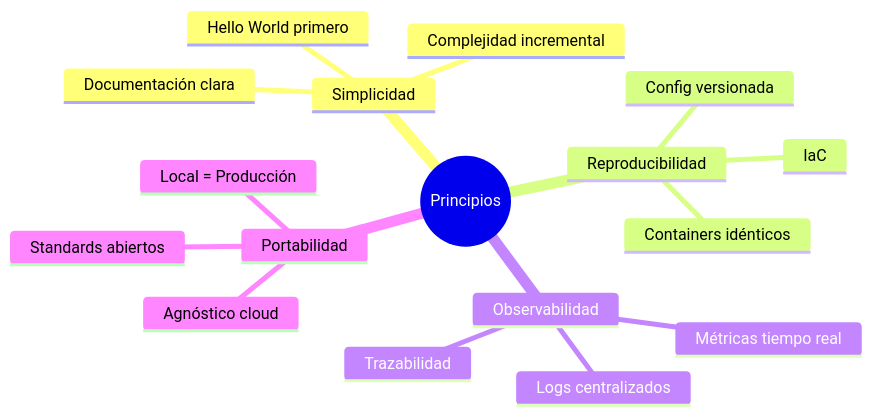
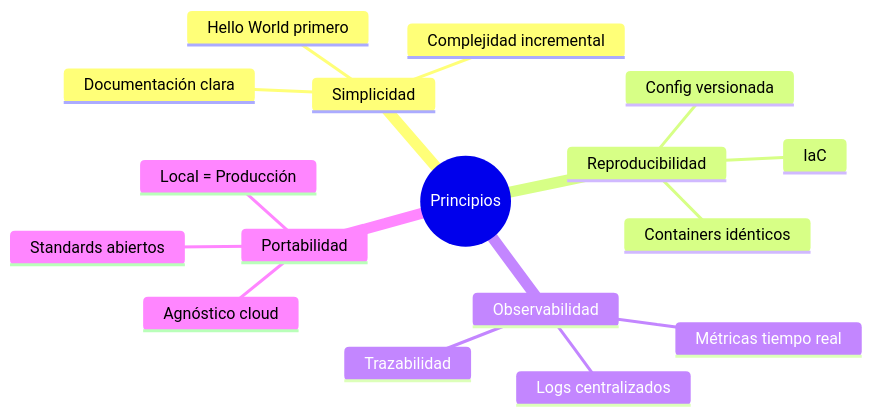
One commit to JavierArriagada/Cloud-Native-Microservices-Learning-Platform changed the second of 9 diagrams in docs/MICROSERVICES_MASTER_PLAN.md. Above: the diagram before and after it, drawn with Mermaid. The commit also changed other lines of this file, not shown here.

Commit message:
Improve indentation and formatting of design principles section in master plan document

````diff
--- a/docs/MICROSERVICES_MASTER_PLAN.md
+++ b/docs/MICROSERVICES_MASTER_PLAN.md
@@ -76,20 +77,20 @@
 ```mermaid
 mindmap
-  root((Principios))
-    Simplicidad
-      Hello World primero
-      Complejidad incremental
-      Documentación clara
-    Reproducibilidad
-      Containers idénticos
-      IaC
-      Config versionada
-    Observabilidad
-      Logs centralizados
-      Métricas tiempo real
-      Trazabilidad
-    Portabilidad
-      Local = Producción
-      Agnóstico cloud
-      Standards abiertos
+    root((Principios))
+        Simplicidad
+            Hello World primero
+            Complejidad incremental
+            Documentación clara
+        Reproducibilidad
+            Containers idénticos
+            IaC
+            Config versionada
+        Observabilidad
+            Logs centralizados
+            Métricas tiempo real
+            Trazabilidad
+        Portabilidad
+            Local = Producción
+            Agnóstico cloud
+            Standards abiertos
 ```
````
